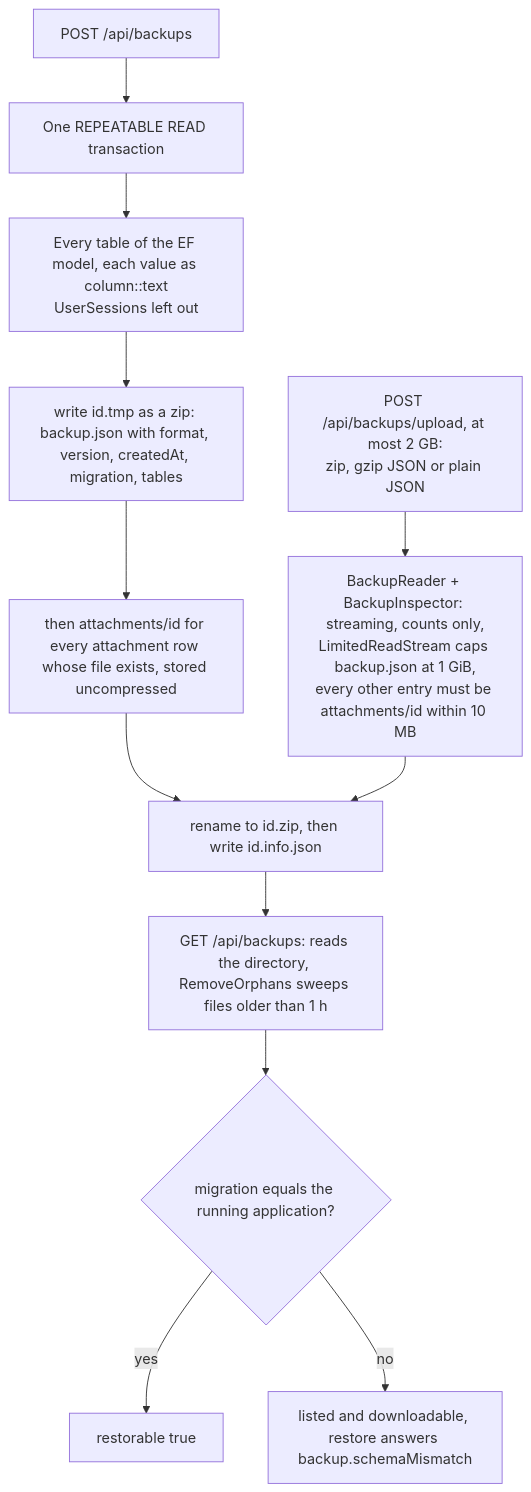
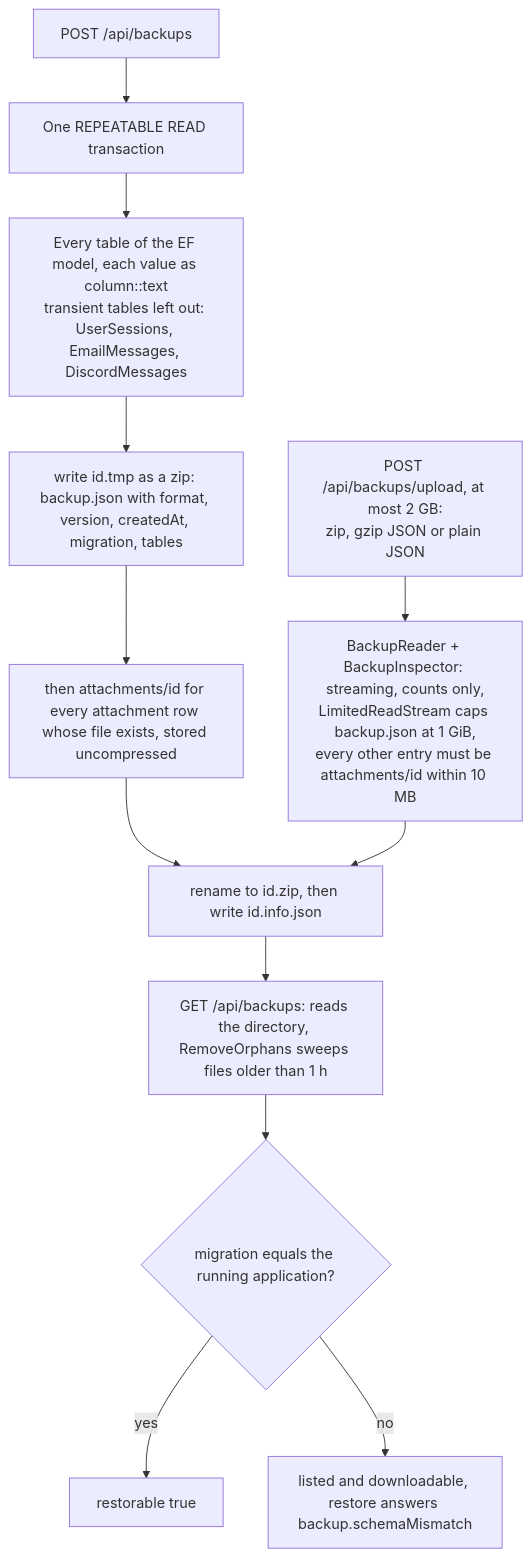
One commit to Justxs/Jx-Finance changed the first of 2 diagrams in docs/features/backup-and-restore.md. Above: the diagram before and after it, drawn with Mermaid. The commit also changed 91 other files, not shown here.

````diff
--- a/docs/features/backup-and-restore.md
+++ b/docs/features/backup-and-restore.md
@@ -11,14 +11,14 @@
 ```mermaid
 flowchart TD
     Take["POST /api/backups"] --> Snap["One REPEATABLE READ transaction"]
-    Snap --> Tables["Every table of the EF model, each value as column::text<br/>UserSessions left out"]
+    Snap --> Tables["Every table of the EF model, each value as column::text<br/>transient tables left out: UserSessions, EmailMessages, DiscordMessages"]
     Tables --> Tmp["write id.tmp as a zip: backup.json with format, version, createdAt, migration, tables"]
     Tmp --> Files["then attachments/id for every attachment row whose file exists, stored uncompressed"]
     Files --> Rename["rename to id.zip, then write id.info.json"]
     Upload["POST /api/backups/upload, at most 2 GB:<br/>zip, gzip JSON or plain JSON"] --> Inspect["BackupReader + BackupInspector: streaming, counts only,<br/>LimitedReadStream caps backup.json at 1 GiB,<br/>every other entry must be attachments/id within 10 MB"]
     Inspect --> Rename
     Rename --> List["GET /api/backups: reads the directory, RemoveOrphans sweeps files older than 1 h"]
     List --> Flag{"migration equals the running application?"}
     Flag -->|"yes"| Restorable["restorable true"]
     Flag -->|"no"| NotRestorable["listed and downloadable, restore answers backup.schemaMismatch"]
 ```
````
